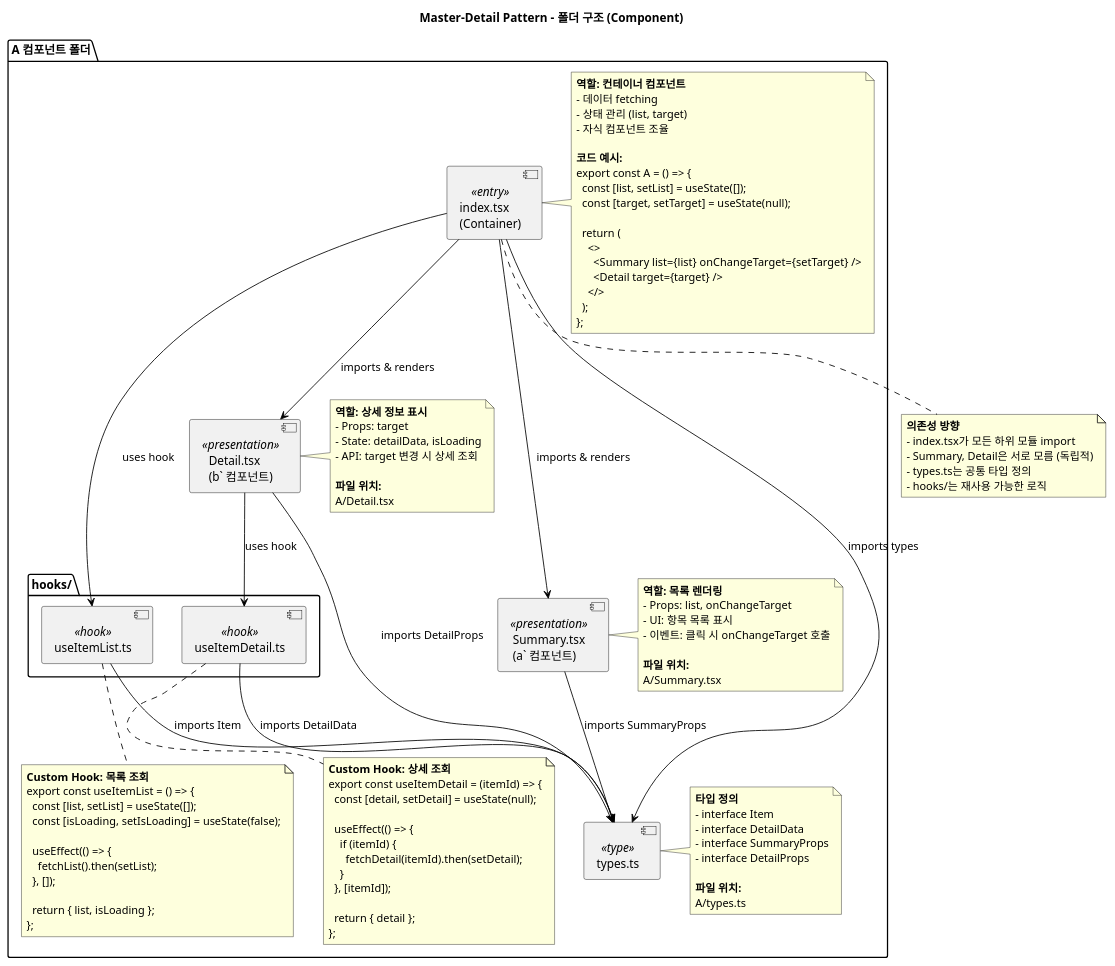
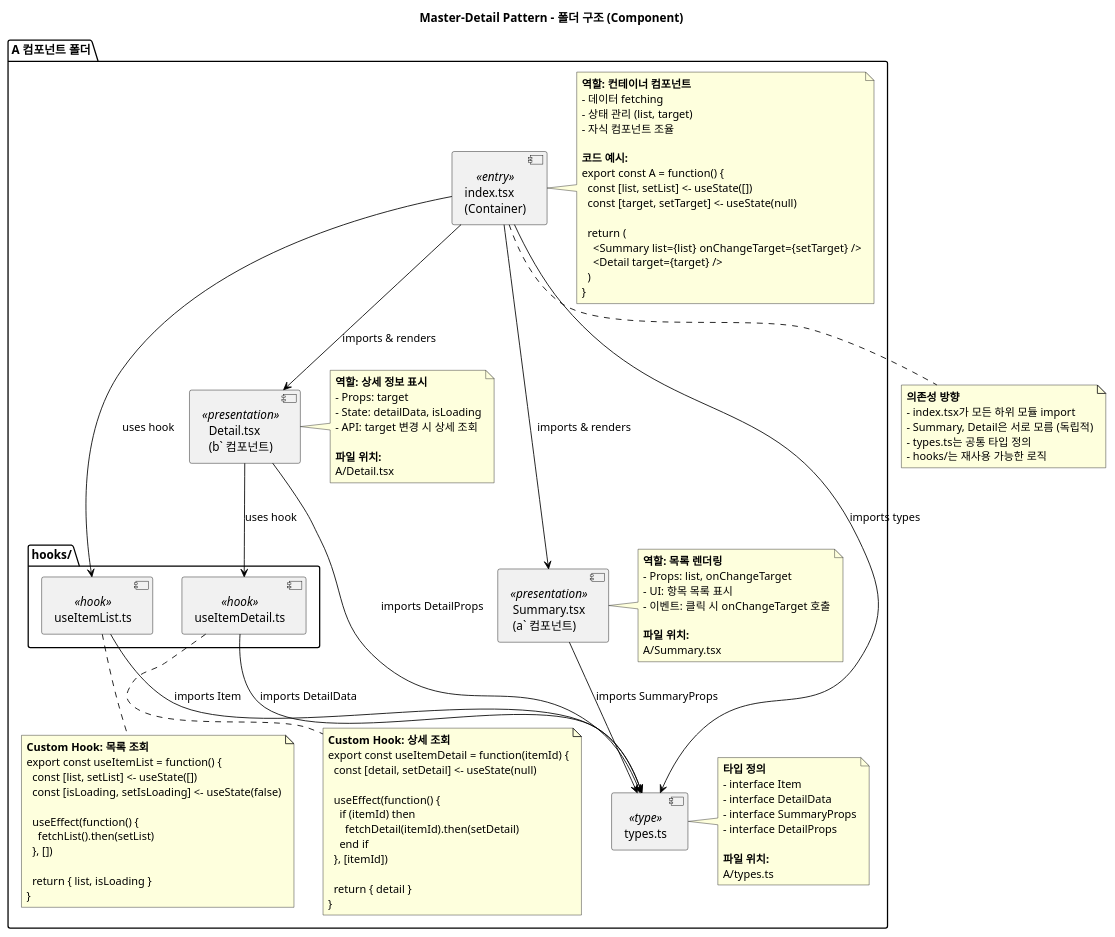
One commit to masterhyuns/elastic-search-study changed the first of 5 diagrams in docs/diagrams/components/06-master-detail-component.puml. Above: the diagram before and after it, drawn with PlantUML. The commit also changed other lines of this file and 2 other files, not shown here.

Commit message:
fix: Master-Detail 다이어그램 PlantUML 문법 에러 수정
note 블록 내부에서도 JavaScript 연산자가 PlantUML 파서와 충돌하는 문제 해결

수정된 파일 (3개):
1. 06-master-detail-sequence.puml
2. 06-master-detail-component.puml
3. 06-master-detail-class.puml

수정 내용:
1. 화살표 함수 → 일반 함수
   - () => {} → function() {}
   - (param) => {} → function(param) {}

2. 연산자 변경
   - === → is (비교)
   - = → <- (할당)
   - => → -> (함수 표기)

3. note 블록 내 코드 수정
   - const [list, setList] = useState([])
     → const [list, setList] <- useState([])
   - export const A = () => {}
     → export const A = function() {}
   - useEffect(() => {})
     → useEffect(function() {})
   - list.find(item => item.id === targetId)
     → list.find(item where item.id matches targetId)

PlantUML 파서 규칙:
- note 블록이라도 특정 연산자는 충돌 가능
- 화살표 함수 문법은 PlantUML 화살표와 충돌
- 의사코드나 일반 함수 표기로 대체 필요

```diff
--- a/docs/diagrams/components/06-master-detail-component.puml
+++ b/docs/diagrams/components/06-master-detail-component.puml
@@ -31,124 +31,122 @@
 @startuml master-detail-component-structure
 title Master-Detail Pattern - 폴더 구조 (Component)
 
 skinparam component {
   BorderColor Black
   ArrowColor Black
 }
 
 top to bottom direction
 
 package "A 컴포넌트 폴더" {
   component "index.tsx\n(Container)" as Index <<entry>>
 
   note right of Index
     **역할: 컨테이너 컴포넌트**
     - 데이터 fetching
     - 상태 관리 (list, target)
     - 자식 컴포넌트 조율
 
     **코드 예시:**
-    export const A = () => {
-      const [list, setList] = useState([]);
-      const [target, setTarget] = useState(null);
+    export const A = function() {
+      const [list, setList] <- useState([])
+      const [target, setTarget] <- useState(null)
 
       return (
-        <>
-          <Summary list={list} onChangeTarget={setTarget} />
-          <Detail target={target} />
-        </>
-      );
-    };
+        <Summary list={list} onChangeTarget={setTarget} />
+        <Detail target={target} />
+      )
+    }
   end note
 
   component "Summary.tsx\n(a` 컴포넌트)" as Summary <<presentation>>
 
   note right of Summary
     **역할: 목록 렌더링**
     - Props: list, onChangeTarget
     - UI: 항목 목록 표시
     - 이벤트: 클릭 시 onChangeTarget 호출
 
     **파일 위치:**
     A/Summary.tsx
   end note
 
   component "Detail.tsx\n(b` 컴포넌트)" as Detail <<presentation>>
 
   note right of Detail
     **역할: 상세 정보 표시**
     - Props: target
     - State: detailData, isLoading
     - API: target 변경 시 상세 조회
 
     **파일 위치:**
     A/Detail.tsx
   end note
 
   component "types.ts" as Types <<type>>
 
   note right of Types
     **타입 정의**
     - interface Item
     - interface DetailData
     - interface SummaryProps
     - interface DetailProps
 
     **파일 위치:**
     A/types.ts
   end note
 
   package "hooks/" {
     component "useItemList.ts" as UseList <<hook>>
     component "useItemDetail.ts" as UseDetail <<hook>>
   }
 
   note bottom of UseList
     **Custom Hook: 목록 조회**
-    export const useItemList = () => {
-      const [list, setList] = useState([]);
-      const [isLoading, setIsLoading] = useState(false);
+    export const useItemList = function() {
+      const [list, setList] <- useState([])
+      const [isLoading, setIsLoading] <- useState(false)
 
-      useEffect(() => {
-        fetchList().then(setList);
-      }, []);
+      useEffect(function() {
+        fetchList().then(setList)
+      }, [])
 
-      return { list, isLoading };
-    };
+      return { list, isLoading }
+    }
   end note
 
   note bottom of UseDetail
     **Custom Hook: 상세 조회**
-    export const useItemDetail = (itemId) => {
-      const [detail, setDetail] = useState(null);
+    export const useItemDetail = function(itemId) {
+      const [detail, setDetail] <- useState(null)
 
-      useEffect(() => {
-        if (itemId) {
-          fetchDetail(itemId).then(setDetail);
-        }
-      }, [itemId]);
+      useEffect(function() {
+        if (itemId) then
+          fetchDetail(itemId).then(setDetail)
+        end if
+      }, [itemId])
 
-      return { detail };
-    };
+      return { detail }
+    }
   end note
 }
 
 Index --> Summary : imports & renders
 Index --> Detail : imports & renders
 Index --> Types : imports types
 Index --> UseList : uses hook
 Detail --> UseDetail : uses hook
 Summary --> Types : imports SummaryProps
 Detail --> Types : imports DetailProps
 UseList --> Types : imports Item
 UseDetail --> Types : imports DetailData
 
 note bottom of Index
   **의존성 방향**
   - index.tsx가 모든 하위 모듈 import
   - Summary, Detail은 서로 모름 (독립적)
   - types.ts는 공통 타입 정의
   - hooks/는 재사용 가능한 로직
 end note
 
 @enduml
```
